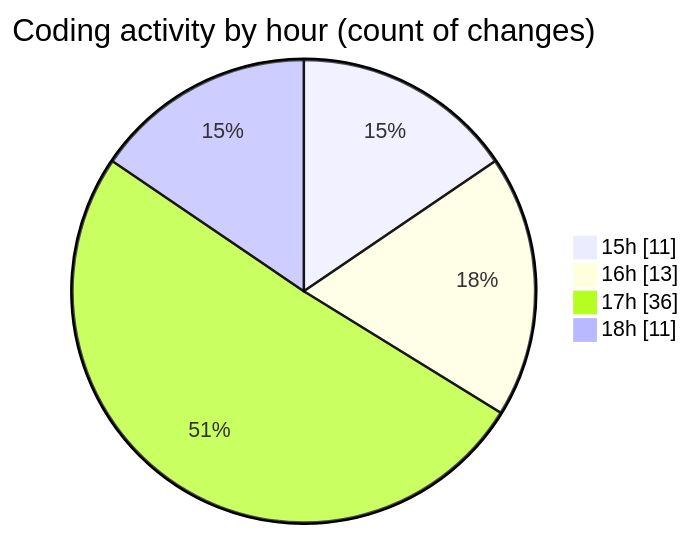
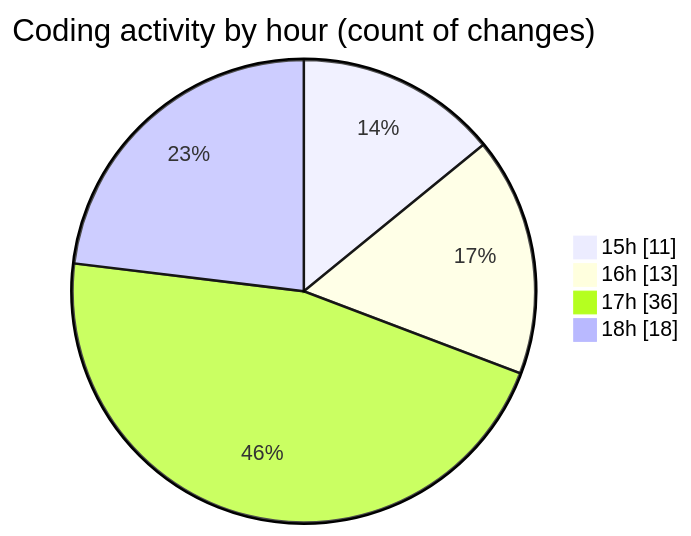
One commit to robertbonfada/code-tracking changed the second of 2 diagrams in 2025-03-08/mbc-web/README.md. Above: the diagram before and after it, drawn with Mermaid. The commit also changed other lines of this file and 1 other file, not shown here.

````diff
--- a/2025-03-08/mbc-web/README.md
+++ b/2025-03-08/mbc-web/README.md
@@ -39,8 +40,8 @@
 ```mermaid
 pie showData
 title Coding activity by hour (count of changes)
 "15h" : 11
 "16h" : 13
 "17h" : 36
-"18h" : 11
+"18h" : 18
 ```
````
